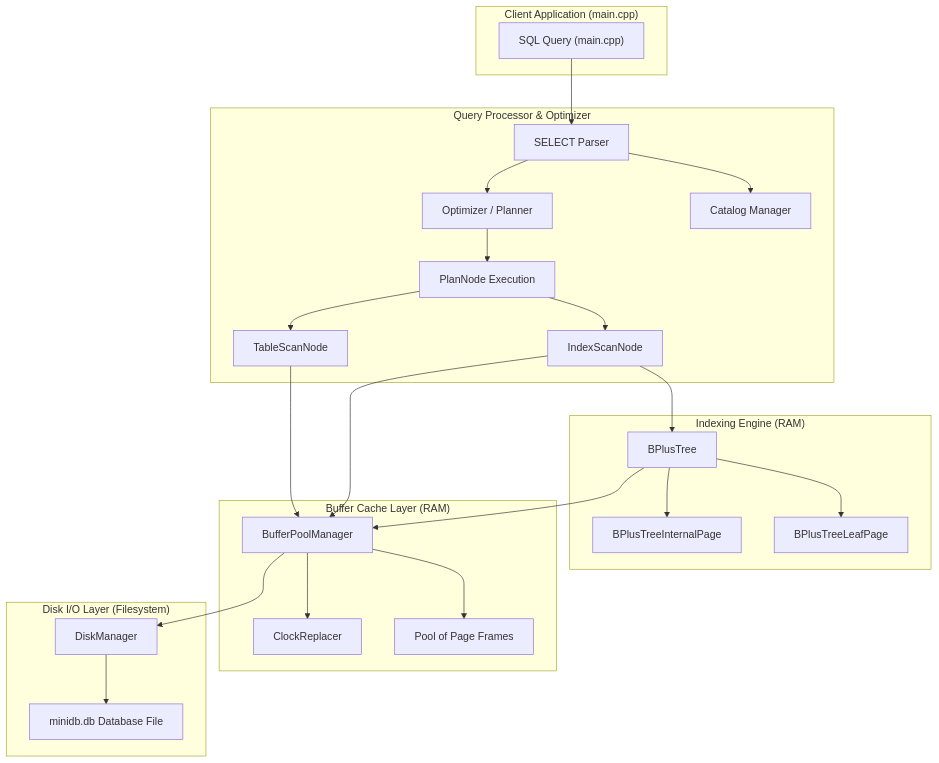
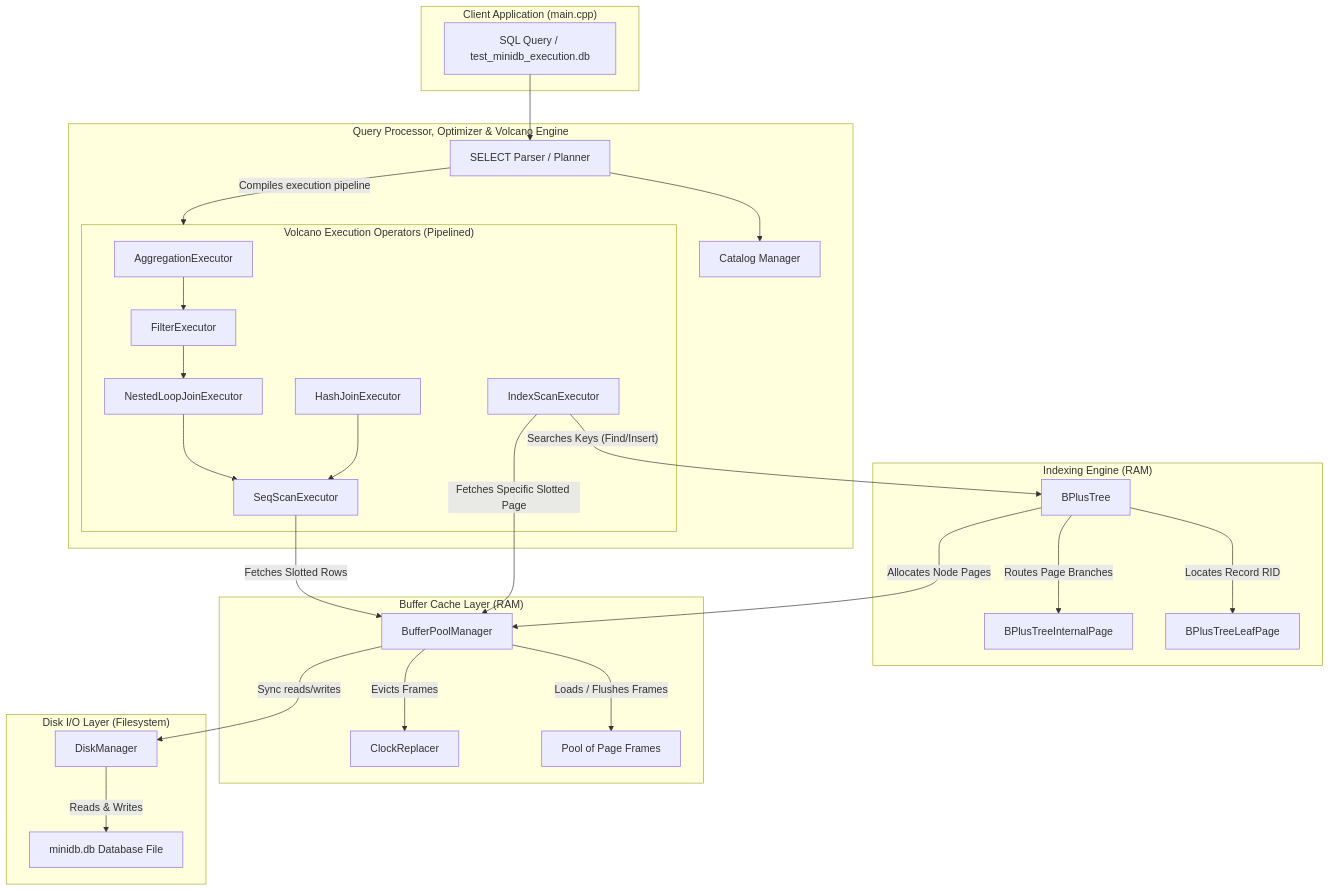
The diagram in MiniDB_Projects/Team_NoClarity/docs/milestones_tracker.md (KnightKnight27/scaler-Adv-DBMS), drawn with Mermaid before and after one commit. The commit also changed other lines of this file and 3 other files, not shown here.

Commit message:
feat: implement Volcano-style query execution engine (Milestone 3) with nested loop, hash joins, and aggregation

````diff
--- a/MiniDB_Projects/Team_NoClarity/docs/milestones_tracker.md
+++ b/MiniDB_Projects/Team_NoClarity/docs/milestones_tracker.md
@@ -46,52 +48,60 @@
 ```mermaid
 graph TD
     subgraph Client_App ["Client Application (main.cpp)"]
-        App["SQL Query (main.cpp)"]
+        App["SQL Query / test_minidb_execution.db"]
     end
 
-    subgraph Query_Processor ["Query Processor & Optimizer"]
-        Parser["SELECT Parser"]
-        Opt["Optimizer / Planner"]
+    subgraph Query_Processor ["Query Processor, Optimizer & Volcano Engine"]
+        Parser["SELECT Parser / Planner"]
         Cat["Catalog Manager"]
-        Plan["PlanNode Execution"]
-        TS["TableScanNode"]
-        IS["IndexScanNode"]
+        
+        subgraph Volcano_Engine ["Volcano Execution Operators (Pipelined)"]
+            Agg["AggregationExecutor"]
+            Filter["FilterExecutor"]
+            NLJ["NestedLoopJoinExecutor"]
+            HJ["HashJoinExecutor"]
+            SeqScan["SeqScanExecutor"]
+            IndexScan["IndexScanExecutor"]
+        end
     end
 
     subgraph Indexing_Engine ["Indexing Engine (RAM)"]
         BPT["BPlusTree"]
         Internal["BPlusTreeInternalPage"]
         Leaf["BPlusTreeLeafPage"]
     end
 
     subgraph Buffer_Cache_Layer ["Buffer Cache Layer (RAM)"]
         BPM["BufferPoolManager"]
         CR["ClockReplacer"]
         Frames["Pool of Page Frames"]
     end
 
     subgraph Disk_IO_Layer ["Disk I/O Layer (Filesystem)"]
         DM["DiskManager"]
         DBFile["minidb.db Database File"]
     end
 
     App --> Parser
     Parser --> Cat
-    Parser --> Opt
-    Opt --> Plan
-    Plan --> TS
-    Plan --> IS
     
-    IS --> BPT
-    BPT --> Internal
-    BPT --> Leaf
+    Parser -->|"Compiles execution pipeline"| Volcano_Engine
     
-    TS --> BPM
-    IS --> BPM
+    Agg --> Filter
+    Filter --> NLJ
+    NLJ --> SeqScan
+    HJ --> SeqScan
     
-    BPT --> BPM
-    BPM --> CR
-    BPM --> Frames
-    BPM --> DM
-    DM --> DBFile
+    IndexScan -->|"Searches Keys (Find/Insert)"| BPT
+    BPT -->|"Routes Page Branches"| Internal
+    BPT -->|"Locates Record RID"| Leaf
+    
+    SeqScan -->|"Fetches Slotted Rows"| BPM
+    IndexScan -->|"Fetches Specific Slotted Page"| BPM
+    
+    BPT -->|"Allocates Node Pages"| BPM
+    BPM -->|"Evicts Frames"| CR
+    BPM -->|"Loads / Flushes Frames"| Frames
+    BPM -->|"Sync reads/writes"| DM
+    DM -->|"Reads & Writes"| DBFile
 ```
````
